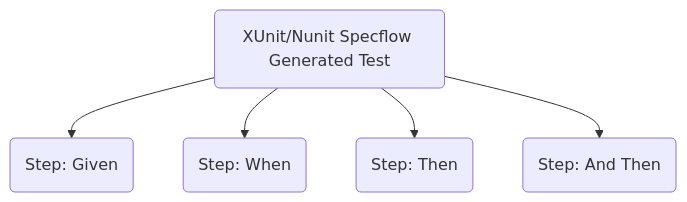
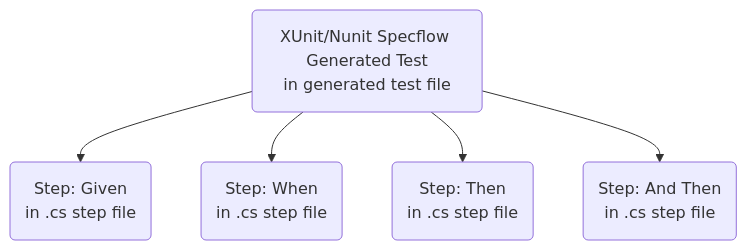
One commit to freemansoft/SimpleWebUITestEnvironment changed the first of 4 diagrams in README.md. Above: the diagram before and after it, drawn with Mermaid. The commit also changed other lines of this file and 2 other files, not shown here.

````diff
--- a/README.md
+++ b/README.md
@@ -23,9 +41,9 @@
 ```mermaid
 graph TD
     Test
-    Test(XUnit/Nunit Specflow Generated Test);
-    Test --> GivenStep(Step: Given);
-    Test --> WhenStep(Step: When);
-    Test --> ThenStep(Step: Then);
-    Test --> Then2Step(Step: And Then);
+    Test(XUnit/Nunit Specflow Generated Test<br/>in generated test file);
+    Test --> GivenStep(Step: Given<br/>in .cs step file);
+    Test --> WhenStep(Step: When<br/>in .cs step file);
+    Test --> ThenStep(Step: Then<br/>in .cs step file);
+    Test --> Then2Step(Step: And Then<br/>in .cs step file);
 ```
````
